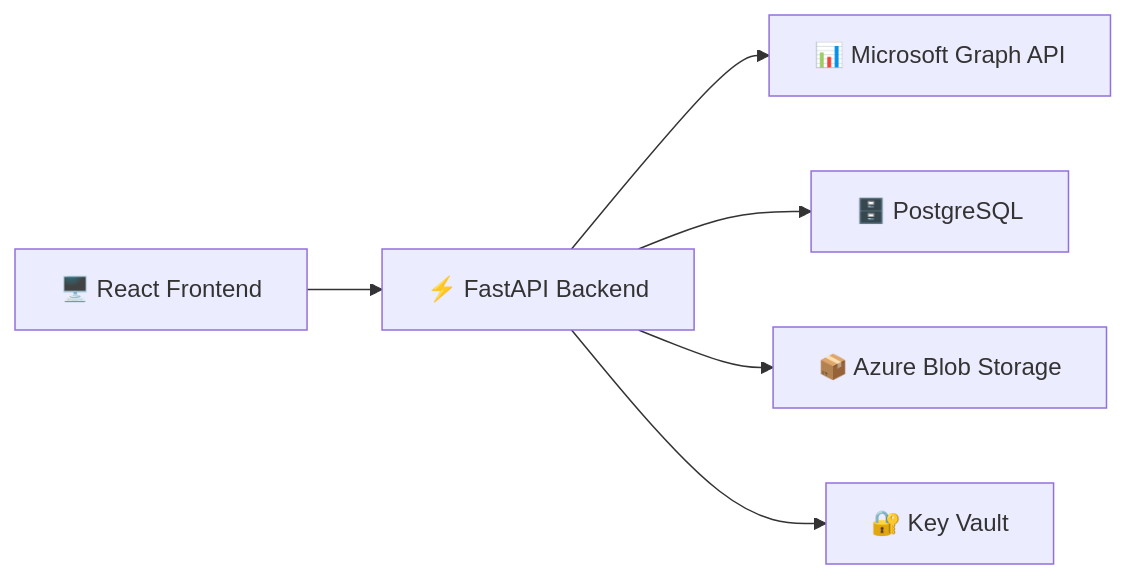
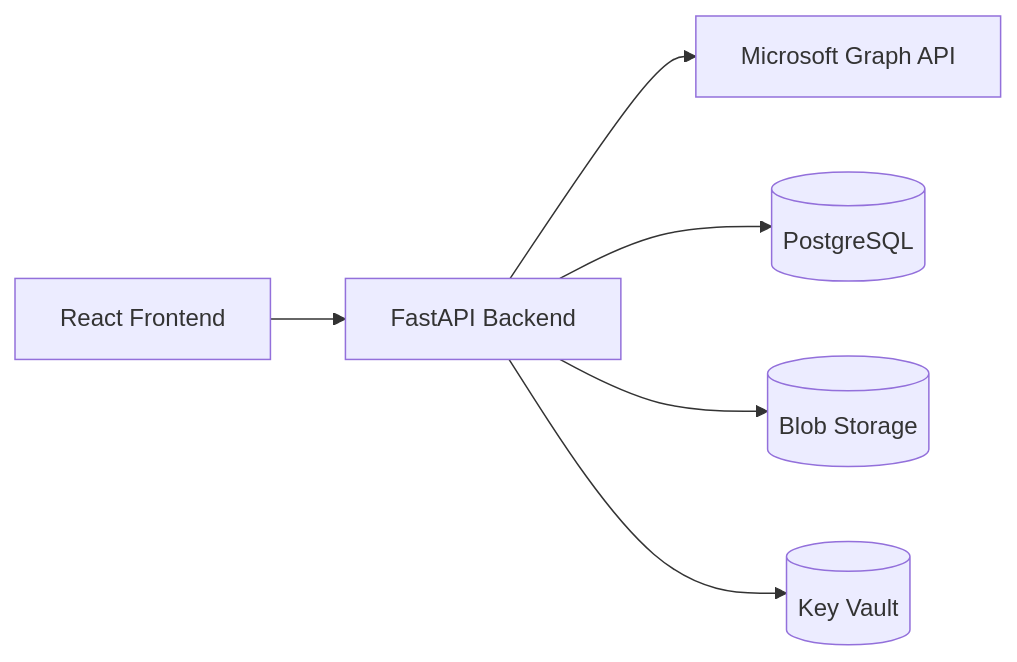
The first of 3 diagrams in docs/ARCHITECTURE.md (gpatwa/m365-vault), drawn with Mermaid before and after one commit. The commit also changed other lines of this file and 3 other files, not shown here.

First line of the commit message:
fix: remove emojis from Mermaid diagrams — Mermaid v11 strict syntax

````diff
--- a/docs/ARCHITECTURE.md
+++ b/docs/ARCHITECTURE.md
@@ -12,8 +12,8 @@
 ```mermaid
 graph LR
-    A["🖥️ React Frontend"] --> B["⚡ FastAPI Backend"]
-    B --> C["📊 Microsoft Graph API"]
-    B --> D["🗄️ PostgreSQL"]
-    B --> E["📦 Azure Blob Storage"]
-    B --> F["🔐 Key Vault"]
+    A[React Frontend] --> B[FastAPI Backend]
+    B --> C[Microsoft Graph API]
+    B --> D[(PostgreSQL)]
+    B --> E[(Blob Storage)]
+    B --> F[(Key Vault)]
 ```
````
